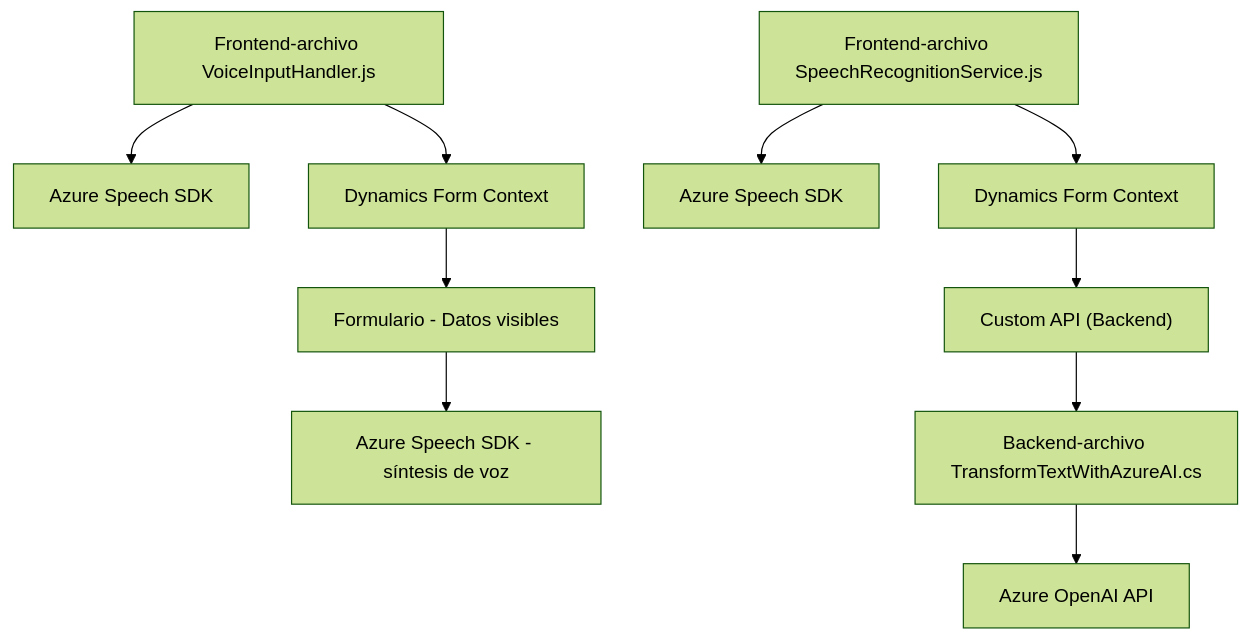
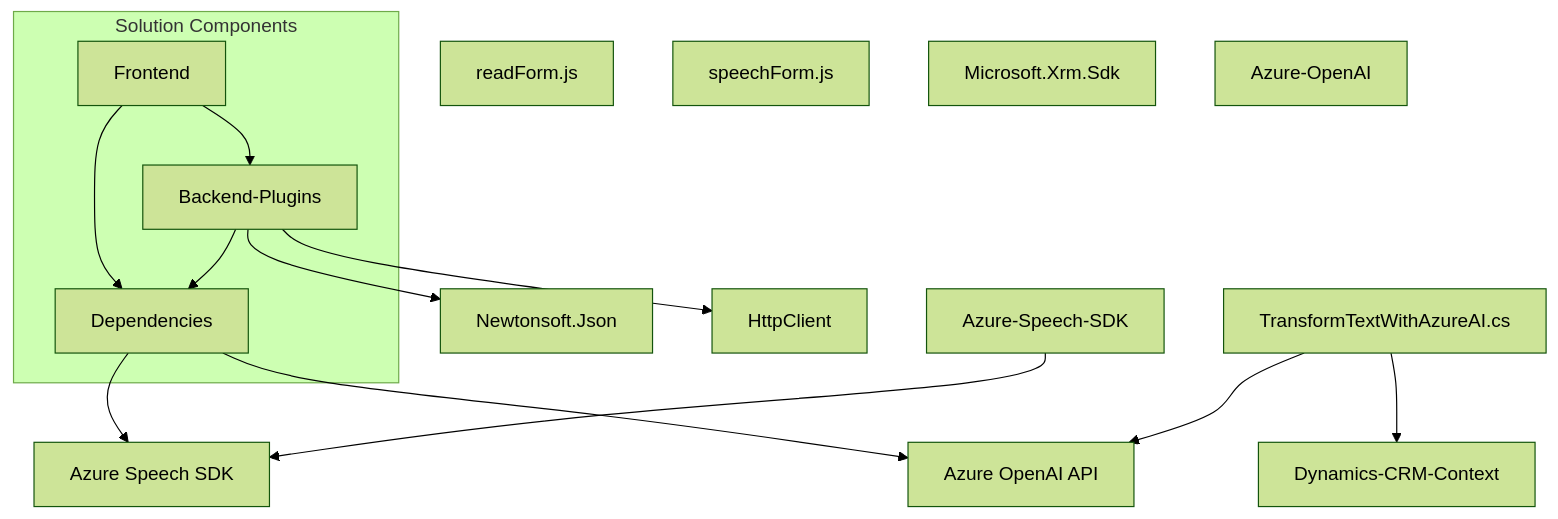
The diagram in README.md (blopezdm/NETCORE_BILBAO2025), drawn with Mermaid (forest theme) before and after one commit. The commit also changed other lines of this file, not shown here.

````diff
--- a/README.md
+++ b/README.md
@@ -29,14 +53,32 @@
 ```mermaid
 graph TD
-    A["Frontend-archivo VoiceInputHandler.js"] --> B["Azure Speech SDK"]
-    A --> C["Dynamics Form Context"]
-    C --> D["Formulario - Datos visibles"]
-    D --> E["Azure Speech SDK - síntesis de voz"]
+    A[Frontend]
+    A1["readForm.js"]
+    A2["speechForm.js"]
+    A3["Azure-Speech-SDK"]
+    B[Backend-Plugins]
+    B1["TransformTextWithAzureAI.cs"]
+    B2["Dynamics-CRM-Context"]
+    B3["Microsoft.Xrm.Sdk"]
+    B4["Azure-OpenAI"]
+    C[Dependencies]
+    C2["Azure Speech SDK"]
+    C3["Azure OpenAI API"]
+    C4["Newtonsoft.Json"]
+    C5["HttpClient"]
     
-    F["Frontend-archivo SpeechRecognitionService.js"] --> G["Azure Speech SDK"]
-    F --> H["Dynamics Form Context"]
-    H --> I["Custom API (Backend)"]
+    subgraph Solution Components
+    A --> B
+    A --> C
+    B --> C
+    end
     
-    I --> J["Backend-archivo TransformTextWithAzureAI.cs"]
-    J --> K["Azure OpenAI API"]
+    C --> C2
+    C --> C3
+    B --> C4
+    B --> C5
+    
+    A3 --> C2
+    B1 --> B2
+    B1 --> C3
 ```
````
